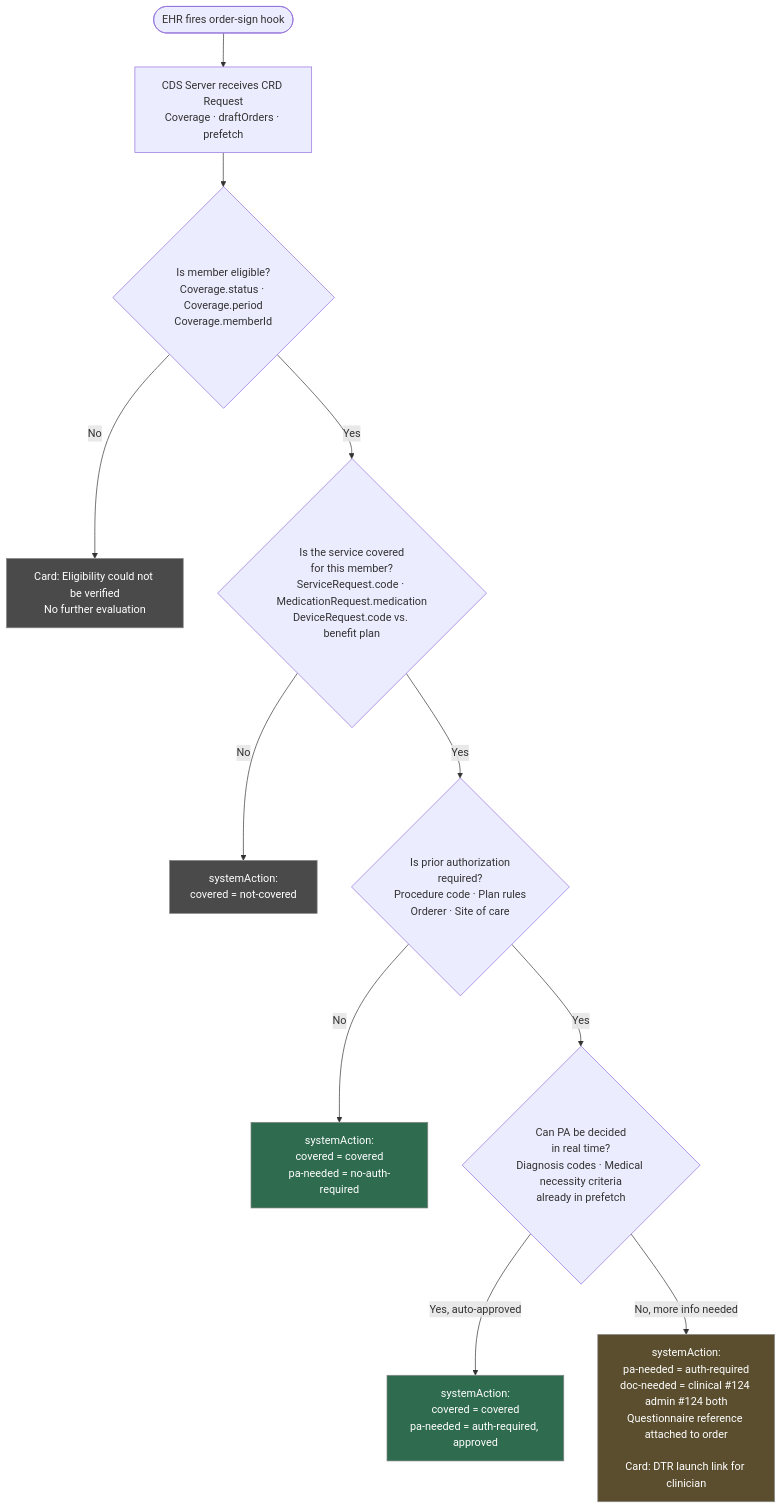
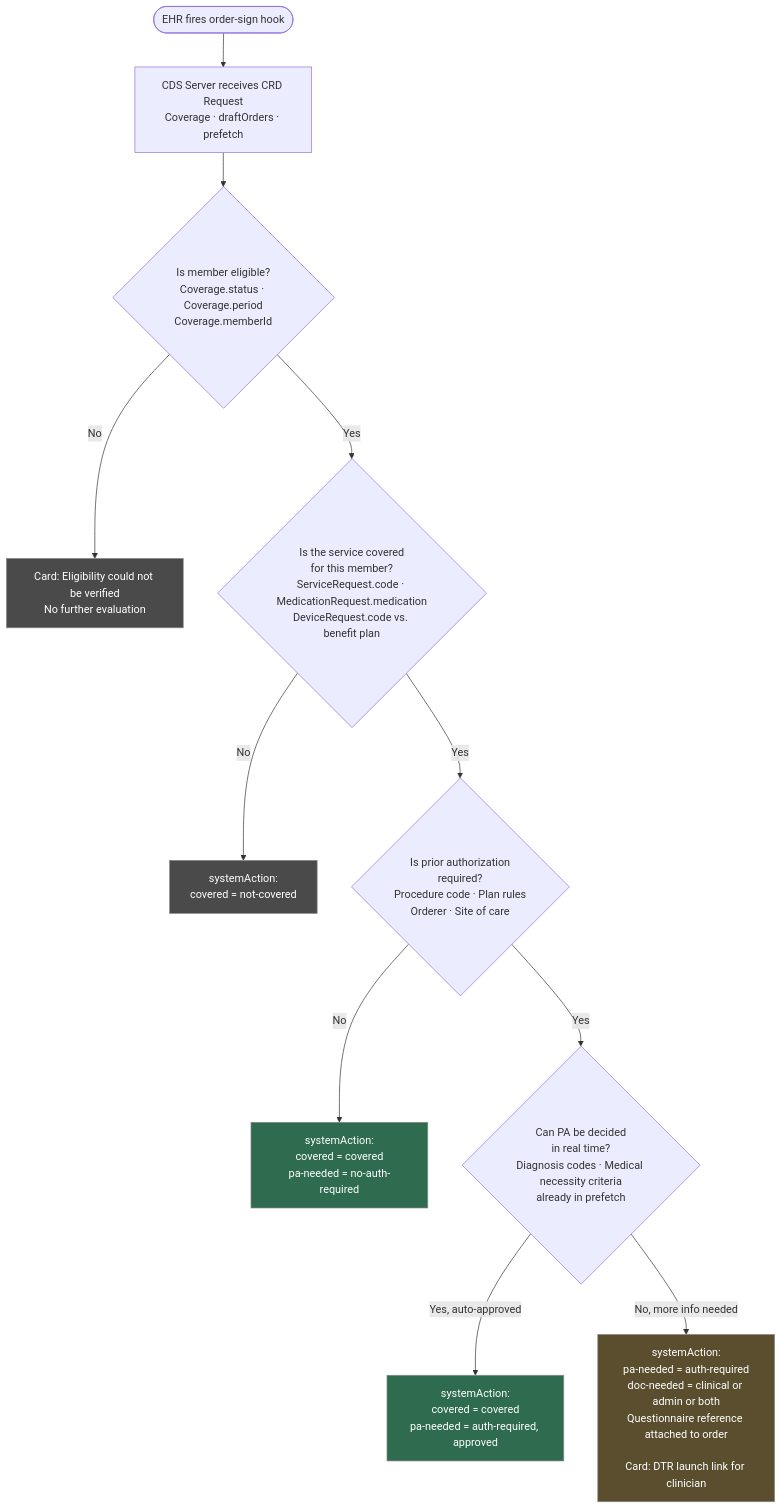
Before and after one commit to agabhinav/learn-fhir: the diagram in prior-auth/01-crd.md, drawn with Mermaid.

Commit message:
CRD PA eval mermaid diagram update.

````diff
--- a/prior-auth/01-crd.md
+++ b/prior-auth/01-crd.md
@@ -166,28 +166,28 @@
 ```mermaid
 flowchart TD
     A([EHR fires order-sign hook]) --> B[CDS Server receives CRD Request<br/>Coverage · draftOrders · prefetch]
 
     B --> C{Is member eligible?<br/>Coverage.status · Coverage.period<br/>Coverage.memberId}
 
     C -- No --> C1[Card: Eligibility could not be verified<br/>No further evaluation]
 
     C -- Yes --> D{Is the service covered<br/>for this member?<br/>ServiceRequest.code · MedicationRequest.medication<br/>DeviceRequest.code vs. benefit plan}
 
     D -- No --> D1[systemAction:<br/>covered = not-covered]
 
     D -- Yes --> E{Is prior authorization<br/>required?<br/>Procedure code · Plan rules<br/>Orderer · Site of care}
 
     E -- No --> E1[systemAction:<br/>covered = covered<br/>pa-needed = no-auth-required]
 
     E -- Yes --> F{Can PA be decided<br/>in real time?<br/>Diagnosis codes · Medical necessity criteria<br/>already in prefetch}
 
     F -- Yes, auto-approved --> F1[systemAction:<br/>covered = covered<br/>pa-needed = auth-required, approved]
 
-    F -- No, more info needed --> G[systemAction:<br/>pa-needed = auth-required<br/>doc-needed = clinical #124 admin #124 both<br/>Questionnaire reference attached to order<br/><br/>Card: DTR launch link for clinician]
+    F -- No, more info needed --> G[systemAction:<br/>pa-needed = auth-required<br/>doc-needed = clinical or admin or both<br/>Questionnaire reference attached to order<br/><br/>Card: DTR launch link for clinician]
 
     style C1 fill:#4a4a4a,color:#ffffff,stroke:#888888
     style D1 fill:#4a4a4a,color:#ffffff,stroke:#888888
     style E1 fill:#2e6b4f,color:#ffffff,stroke:#888888
     style F1 fill:#2e6b4f,color:#ffffff,stroke:#888888
     style G fill:#5a4e2e,color:#ffffff,stroke:#888888
 ```
````
